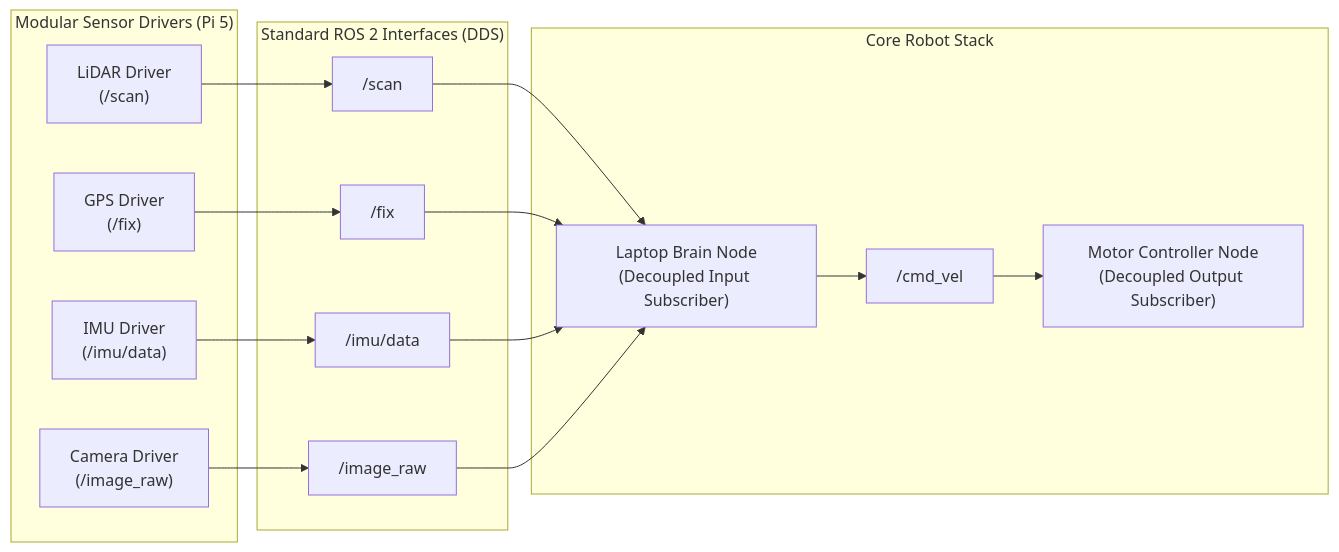
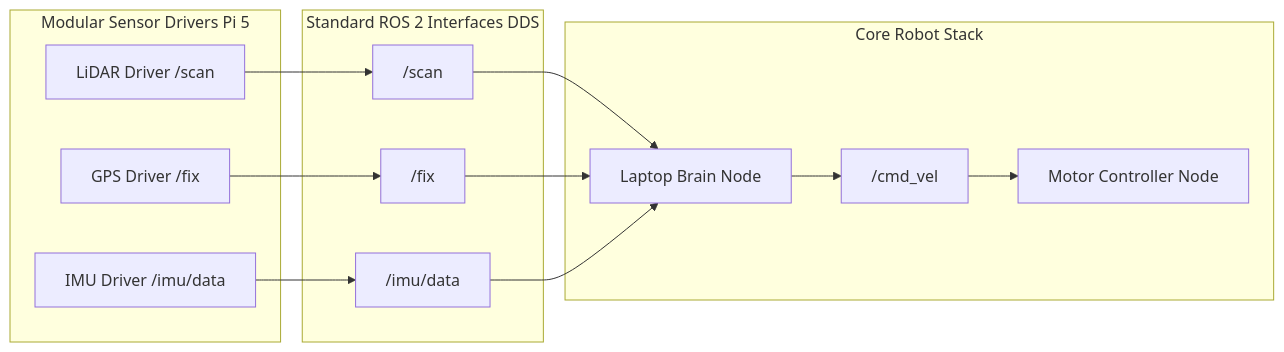
Before and after one commit to Bandiesabme/ConeRobot: the third of 3 diagrams in documentation/ARCHITECTURE.md, drawn with Mermaid. The commit also changed other lines of this file and 13 other files, not shown here.

````diff
--- a/documentation/ARCHITECTURE.md
+++ b/documentation/ARCHITECTURE.md
@@ -114,35 +155,31 @@
 ```mermaid
-flowchart LR
-    subgraph ModularSensors ["Modular Sensor Drivers (Pi 5)"]
-        M1["LiDAR Driver\n(/scan)"]
-        M2["GPS Driver\n(/fix)"]
-        M3["IMU Driver\n(/imu/data)"]
-        M4["Camera Driver\n(/image_raw)"]
+graph LR
+    subgraph ModularSensors [Modular Sensor Drivers Pi 5]
+        M1[LiDAR Driver /scan]
+        M2[GPS Driver /fix]
+        M3[IMU Driver /imu/data]
     end
 
-    subgraph StandardTopics ["Standard ROS 2 Interfaces (DDS)"]
+    subgraph StandardTopics [Standard ROS 2 Interfaces DDS]
         T1["/scan"]
         T2["/fix"]
         T3["/imu/data"]
-        T4["/image_raw"]
     end
 
-    subgraph CoreComponents ["Core Robot Stack"]
-        BRAIN["Laptop Brain Node\n(Decoupled Input Subscriber)"]
+    subgraph CoreComponents [Core Robot Stack]
+        BRAIN[Laptop Brain Node]
         CMD["/cmd_vel"]
-        MOTOR["Motor Controller Node\n(Decoupled Output Subscriber)"]
+        MOTOR[Motor Controller Node]
     end
 
     M1 --> T1
     M2 --> T2
     M3 --> T3
-    M4 --> T4
 
     T1 --> BRAIN
     T2 --> BRAIN
     T3 --> BRAIN
-    T4 --> BRAIN
 
     BRAIN --> CMD
     CMD --> MOTOR
 ```
````
